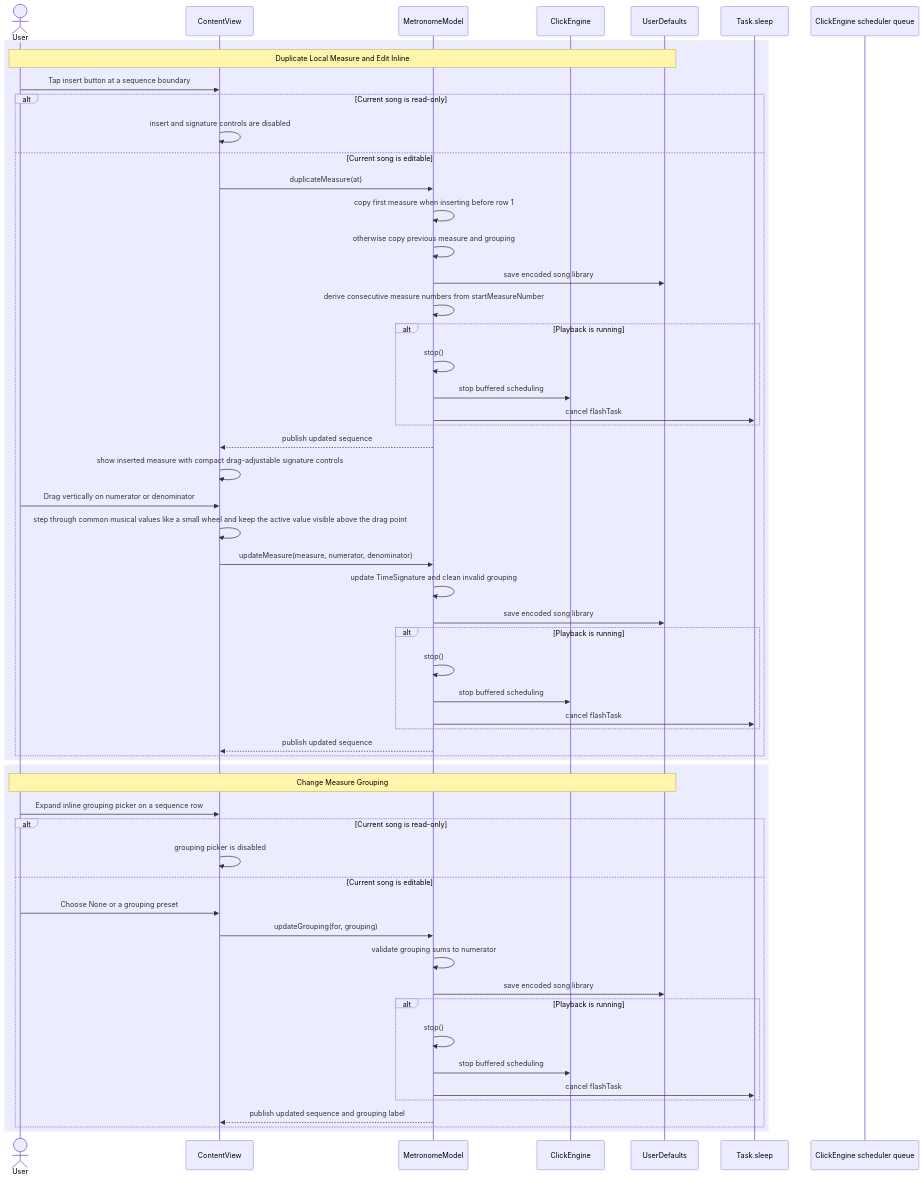
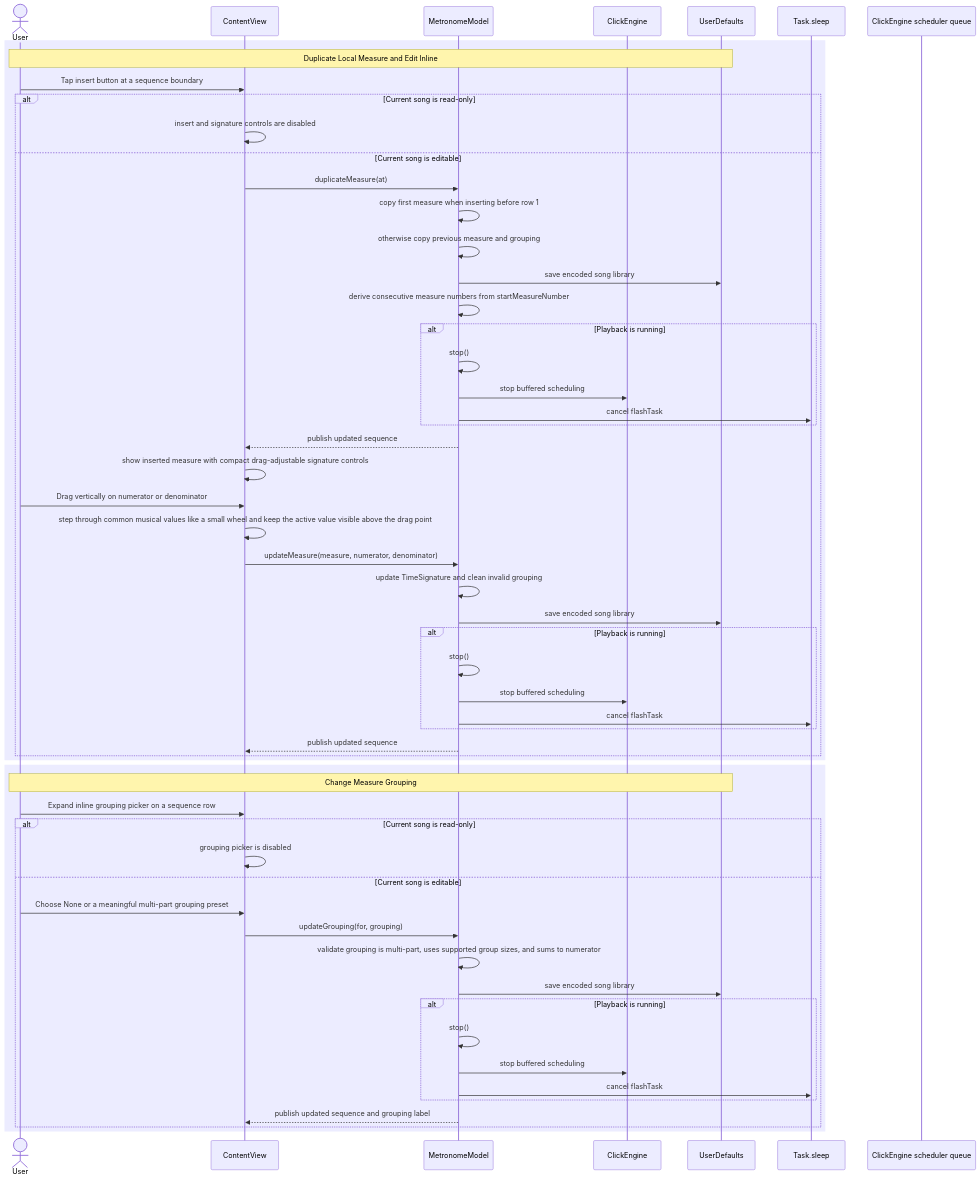
The fourth of 5 diagrams in docs/subdocument/USER_ACTION_SEQUENCE.md (pieterlambers/irregular-measure-metronome), drawn with Mermaid before and after one commit. The commit also changed 7 other files, not shown here.

````diff
--- a/docs/subdocument/USER_ACTION_SEQUENCE.md
+++ b/docs/subdocument/USER_ACTION_SEQUENCE.md
@@ -246,61 +246,61 @@
 ```mermaid
 sequenceDiagram
     actor User
     participant View as ContentView
     participant Model as MetronomeModel
     participant Engine as ClickEngine
     participant Defaults as UserDefaults
     participant Timer as Task.sleep
     participant Queue as ClickEngine scheduler queue
 
     rect rgb(236, 236, 255)
         Note over User,Defaults: Duplicate Local Measure and Edit Inline
         User->>View: Tap insert button at a sequence boundary
         alt Current song is read-only
             View->>View: insert and signature controls are disabled
         else Current song is editable
             View->>Model: duplicateMeasure(at)
             Model->>Model: copy first measure when inserting before row 1
             Model->>Model: otherwise copy previous measure and grouping
             Model->>Defaults: save encoded song library
             Model->>Model: derive consecutive measure numbers from startMeasureNumber
             alt Playback is running
                 Model->>Model: stop()
                 Model->>Engine: stop buffered scheduling
                 Model->>Timer: cancel flashTask
             end
             Model-->>View: publish updated sequence
             View->>View: show inserted measure with compact drag-adjustable signature controls
             User->>View: Drag vertically on numerator or denominator
             View->>View: step through common musical values like a small wheel and keep the active value visible above the drag point
             View->>Model: updateMeasure(measure, numerator, denominator)
             Model->>Model: update TimeSignature and clean invalid grouping
             Model->>Defaults: save encoded song library
             alt Playback is running
                 Model->>Model: stop()
                 Model->>Engine: stop buffered scheduling
                 Model->>Timer: cancel flashTask
             end
             Model-->>View: publish updated sequence
         end
     end
 
     rect rgb(236, 236, 255)
         Note over User,Defaults: Change Measure Grouping
         User->>View: Expand inline grouping picker on a sequence row
         alt Current song is read-only
             View->>View: grouping picker is disabled
         else Current song is editable
-            User->>View: Choose None or a grouping preset
+            User->>View: Choose None or a meaningful multi-part grouping preset
             View->>Model: updateGrouping(for, grouping)
-            Model->>Model: validate grouping sums to numerator
+            Model->>Model: validate grouping is multi-part, uses supported group sizes, and sums to numerator
             Model->>Defaults: save encoded song library
             alt Playback is running
                 Model->>Model: stop()
                 Model->>Engine: stop buffered scheduling
                 Model->>Timer: cancel flashTask
             end
             Model-->>View: publish updated sequence and grouping label
         end
     end
 ```
````
